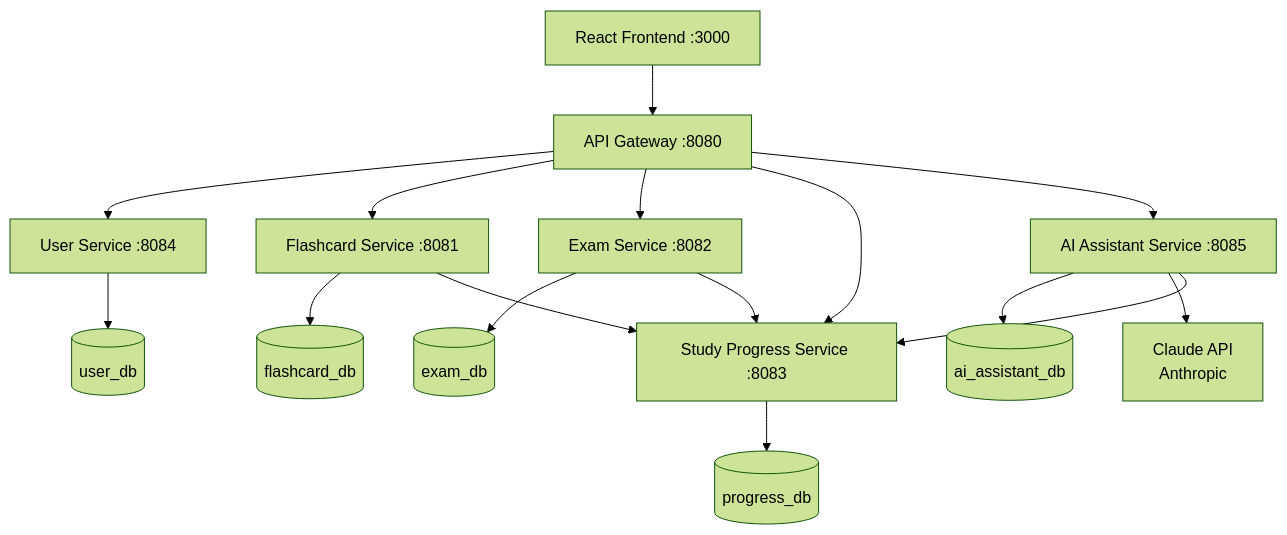
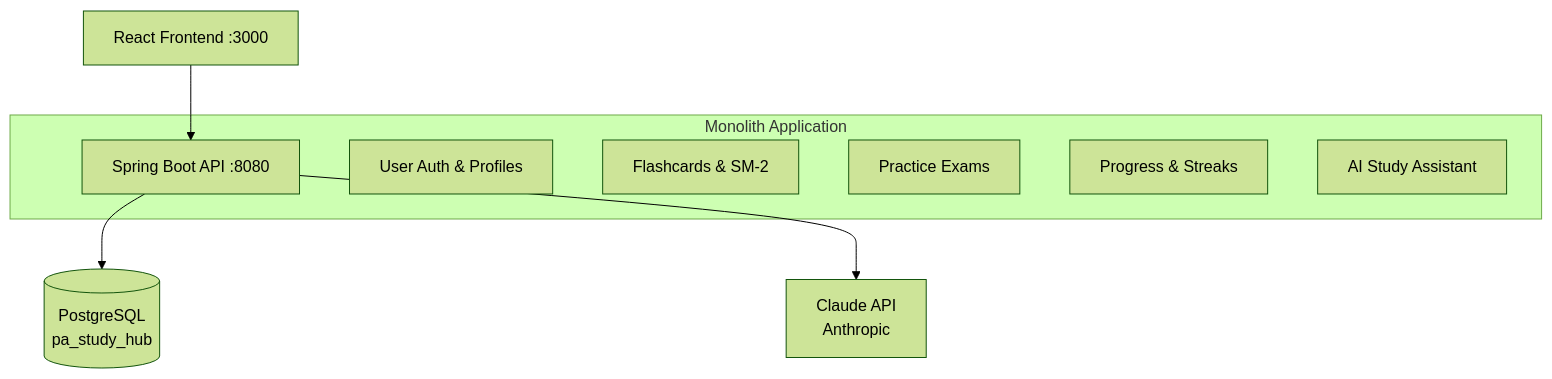
One commit to SamaadTurner/pa-study-hub changed the diagram in README.md. Above: the diagram before and after it, drawn with Mermaid (forest theme). The commit also changed other lines of this file, not shown here.

First line of the commit message:
docs: update README for monolith architecture

````diff
--- a/README.md
+++ b/README.md
@@ -21,21 +19,15 @@
 ```mermaid
 graph TB
-    FE[React Frontend :3000] --> GW[API Gateway :8080]
+    FE[React Frontend :3000] --> API[Spring Boot API :8080]
+    API --> DB[(PostgreSQL\npa_study_hub)]
+    API --> CLAUDE[Claude API\nAnthropic]
 
-    GW --> US[User Service :8084]
-    GW --> FS[Flashcard Service :8081]
-    GW --> ES[Exam Service :8082]
-    GW --> PS[Study Progress Service :8083]
-    GW --> AI[AI Assistant Service :8085]
-
-    US --> UDB[(user_db)]
-    FS --> FDB[(flashcard_db)]
-    ES --> EDB[(exam_db)]
-    PS --> PDB[(progress_db)]
-    AI --> ADB[(ai_assistant_db)]
-
-    AI --> CLAUDE[Claude API\nAnthropic]
-    FS --> PS
-    ES --> PS
-    AI --> PS
+    subgraph Monolith Application
+        API
+        US[User Auth & Profiles]
+        FS[Flashcards & SM-2]
+        ES[Practice Exams]
+        PS[Progress & Streaks]
+        AI[AI Study Assistant]
+    end
 ```
````
